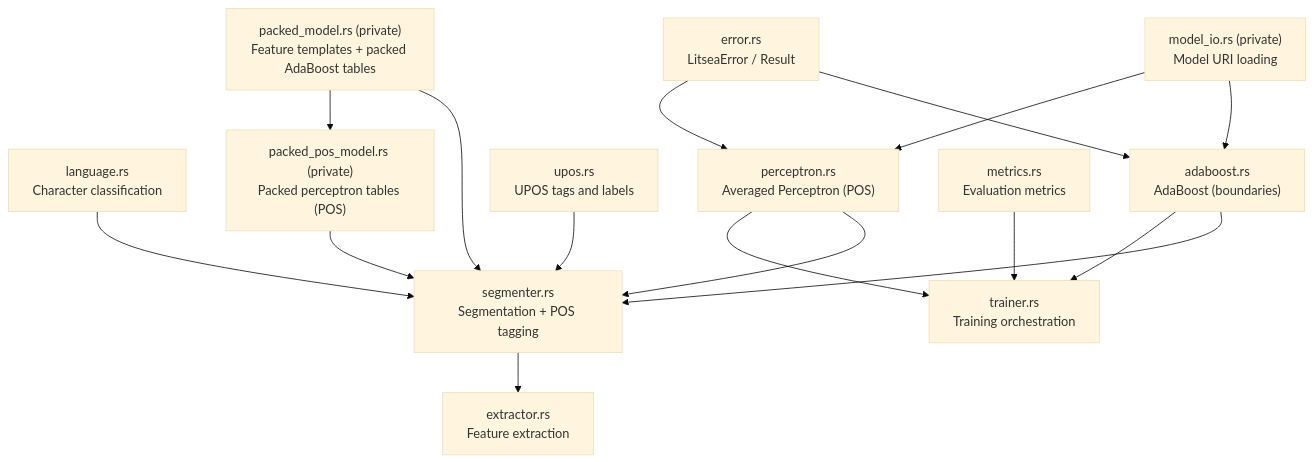
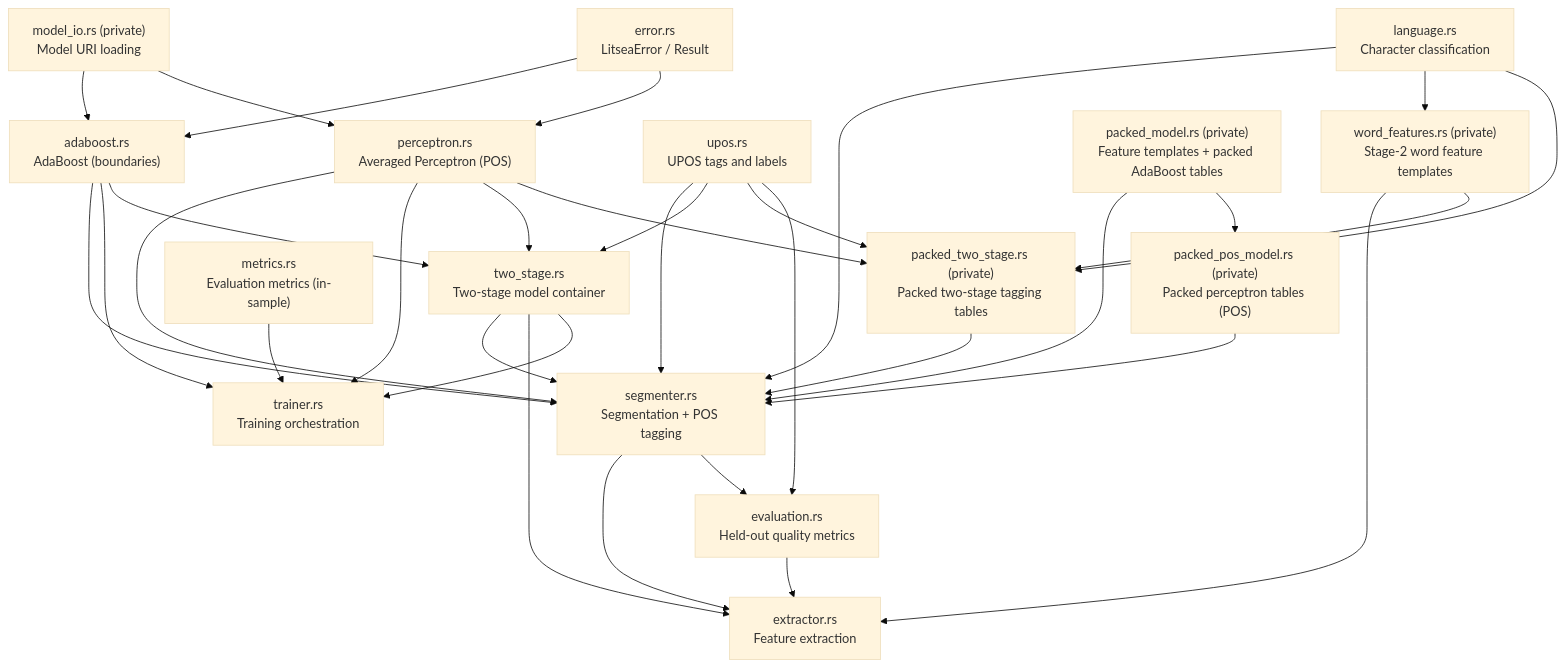
Before and after one commit to mosuka/litsea: the diagram in docs/src/architecture/module-design.md, drawn with Mermaid (base theme). The commit also changed other lines of this file and 86 other files, not shown here.

````diff
--- a/docs/src/architecture/module-design.md
+++ b/docs/src/architecture/module-design.md
@@ -7,31 +7,51 @@
 ```mermaid
 graph TD
     language["language.rs<br/>Character classification"]
     segmenter["segmenter.rs<br/>Segmentation + POS tagging"]
     adaboost["adaboost.rs<br/>AdaBoost (boundaries)"]
     perceptron["perceptron.rs<br/>Averaged Perceptron (POS)"]
     upos["upos.rs<br/>UPOS tags and labels"]
     extractor["extractor.rs<br/>Feature extraction"]
     trainer["trainer.rs<br/>Training orchestration"]
+    two_stage["two_stage.rs<br/>Two-stage model container"]
+    word_features["word_features.rs (private)<br/>Stage-2 word feature templates"]
     packed_model["packed_model.rs (private)<br/>Feature templates + packed AdaBoost tables"]
     packed_pos_model["packed_pos_model.rs (private)<br/>Packed perceptron tables (POS)"]
+    packed_two_stage["packed_two_stage.rs (private)<br/>Packed two-stage tagging tables"]
     model_io["model_io.rs (private)<br/>Model URI loading"]
     error["error.rs<br/>LitseaError / Result"]
-    metrics["metrics.rs<br/>Evaluation metrics"]
+    metrics["metrics.rs<br/>Evaluation metrics (in-sample)"]
+    evaluation["evaluation.rs<br/>Held-out quality metrics"]
 
     language --> segmenter
     upos --> segmenter
     adaboost --> segmenter
     perceptron --> segmenter
     packed_model --> segmenter
     packed_pos_model --> segmenter
+    packed_two_stage --> segmenter
+    two_stage --> segmenter
     packed_model --> packed_pos_model
     segmenter --> extractor
+    two_stage --> extractor
+    word_features --> extractor
+    evaluation --> extractor
     adaboost --> trainer
     perceptron --> trainer
+    two_stage --> trainer
+    adaboost --> two_stage
+    perceptron --> two_stage
+    upos --> two_stage
+    language --> word_features
+    word_features --> packed_two_stage
+    language --> packed_two_stage
+    perceptron --> packed_two_stage
+    upos --> packed_two_stage
     model_io --> adaboost
     model_io --> perceptron
     error --> adaboost
     error --> perceptron
     metrics --> trainer
+    segmenter --> evaluation
+    upos --> evaluation
 ```
````
